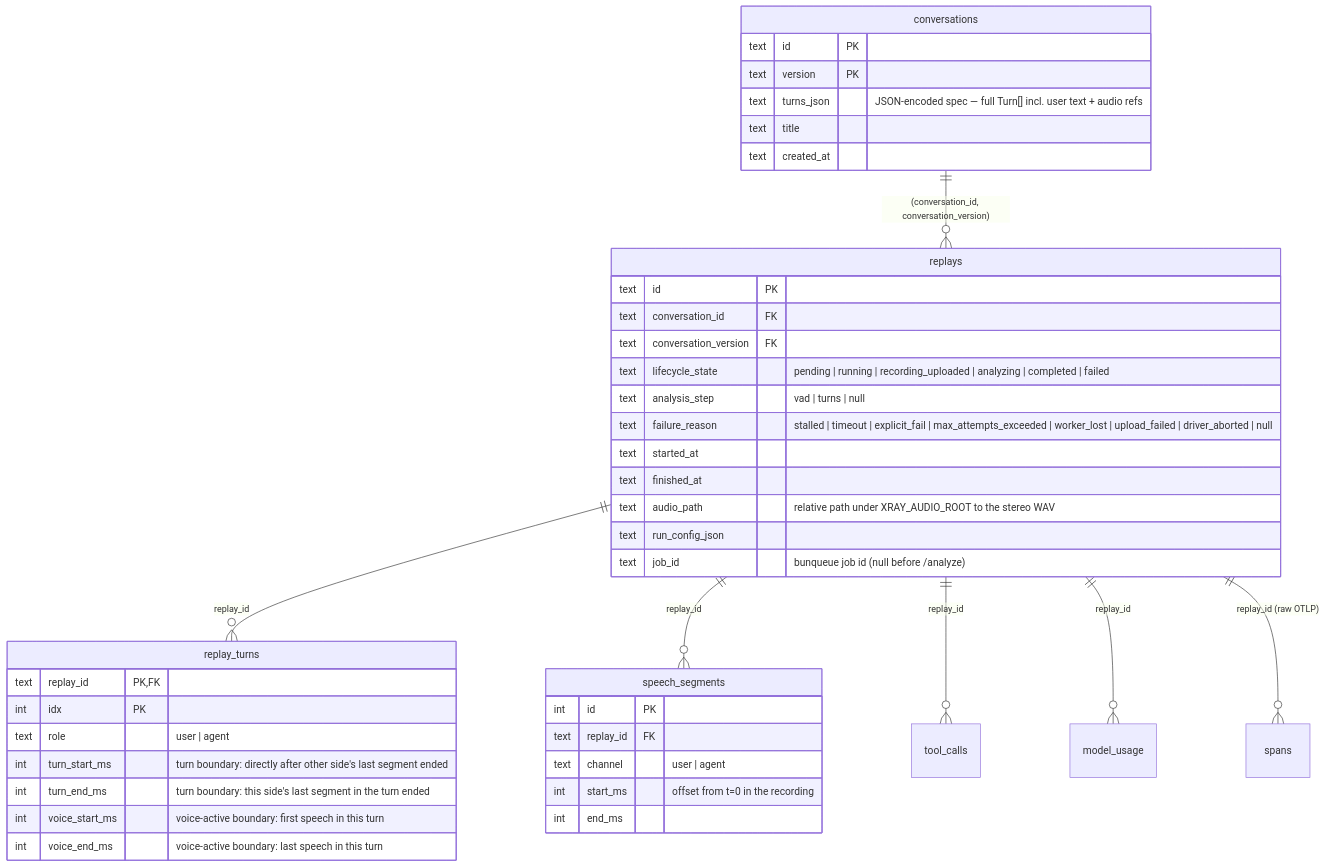
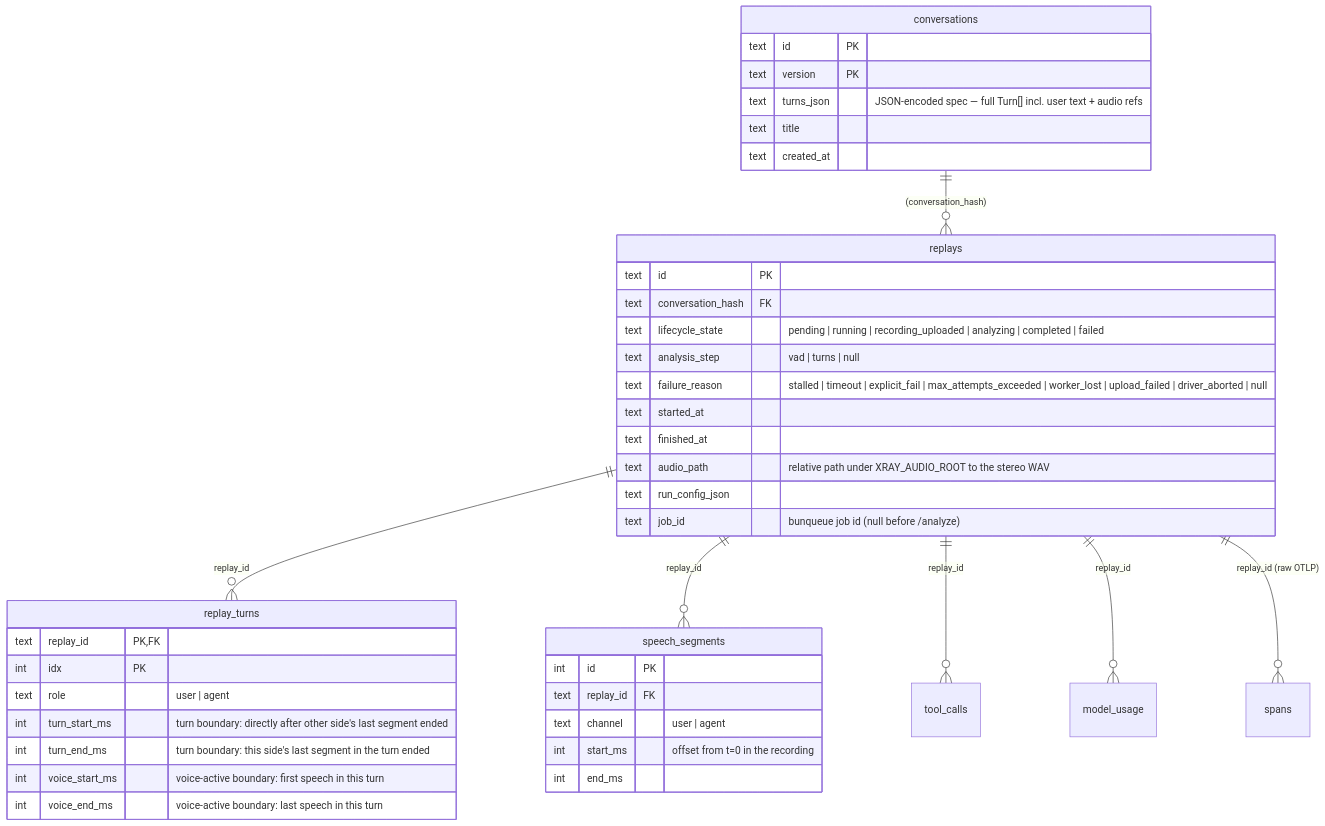
Before and after one commit to basilebong/xray: the fourth of 5 diagrams in docs/architecture.md, drawn with Mermaid. The commit also changed other lines of this file and 14 other files, not shown here.

````diff
--- a/docs/architecture.md
+++ b/docs/architecture.md
@@ -277,46 +277,45 @@
 ```mermaid
 erDiagram
-    conversations ||--o{ replays : "(conversation_id, conversation_version)"
+    conversations ||--o{ replays : "(conversation_hash)"
     replays ||--o{ replay_turns : "replay_id"
     replays ||--o{ speech_segments : "replay_id"
     replays ||--o{ tool_calls : "replay_id"
     replays ||--o{ model_usage : "replay_id"
     replays ||--o{ spans : "replay_id (raw OTLP)"
 
     conversations {
         text id PK
         text version PK
         text turns_json "JSON-encoded spec — full Turn[] incl. user text + audio refs"
         text title
         text created_at
     }
     replays {
         text id PK
-        text conversation_id FK
-        text conversation_version FK
+        text conversation_hash FK
         text lifecycle_state "pending | running | recording_uploaded | analyzing | completed | failed"
         text analysis_step "vad | turns | null"
         text failure_reason "stalled | timeout | explicit_fail | max_attempts_exceeded | worker_lost | upload_failed | driver_aborted | null"
         text started_at
         text finished_at
         text audio_path "relative path under XRAY_AUDIO_ROOT to the stereo WAV"
         text run_config_json
         text job_id "bunqueue job id (null before /analyze)"
     }
     replay_turns {
         text replay_id PK,FK
         int idx PK
         text role "user | agent"
         int turn_start_ms "turn boundary: directly after other side's last segment ended"
         int turn_end_ms "turn boundary: this side's last segment in the turn ended"
         int voice_start_ms "voice-active boundary: first speech in this turn"
         int voice_end_ms "voice-active boundary: last speech in this turn"
     }
     speech_segments {
         int id PK
         text replay_id FK
         text channel "user | agent"
         int start_ms "offset from t=0 in the recording"
         int end_ms
     }
 ```
````
